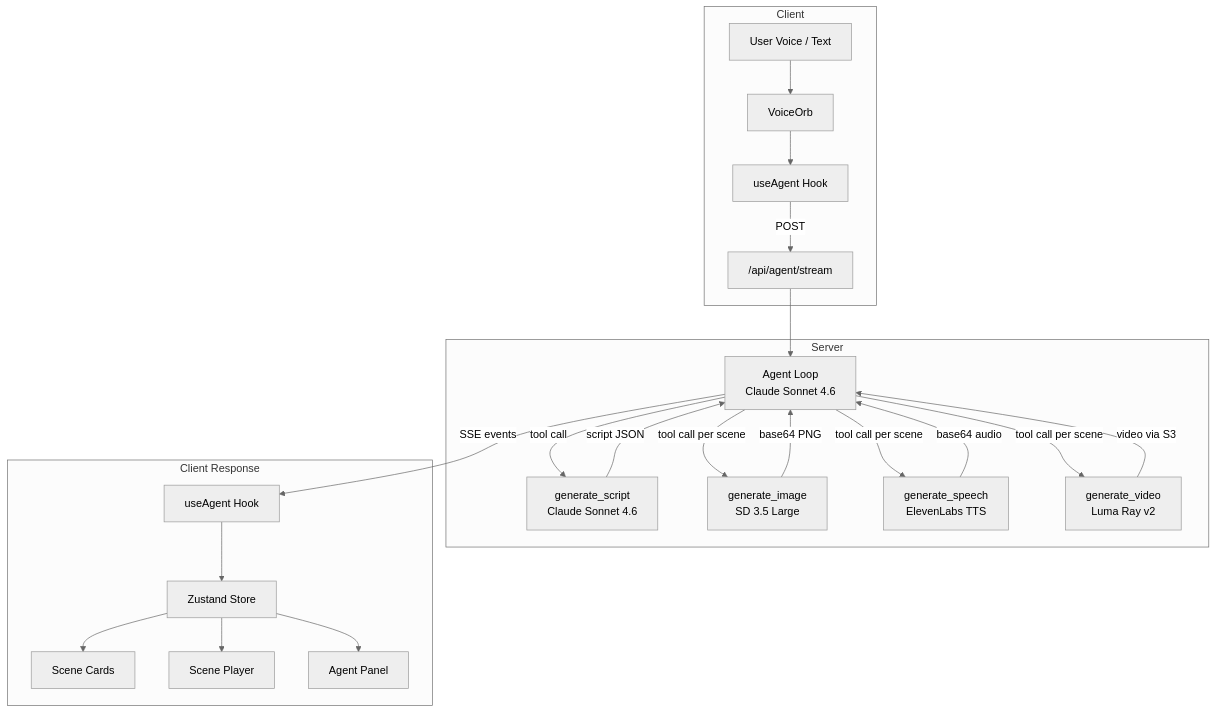
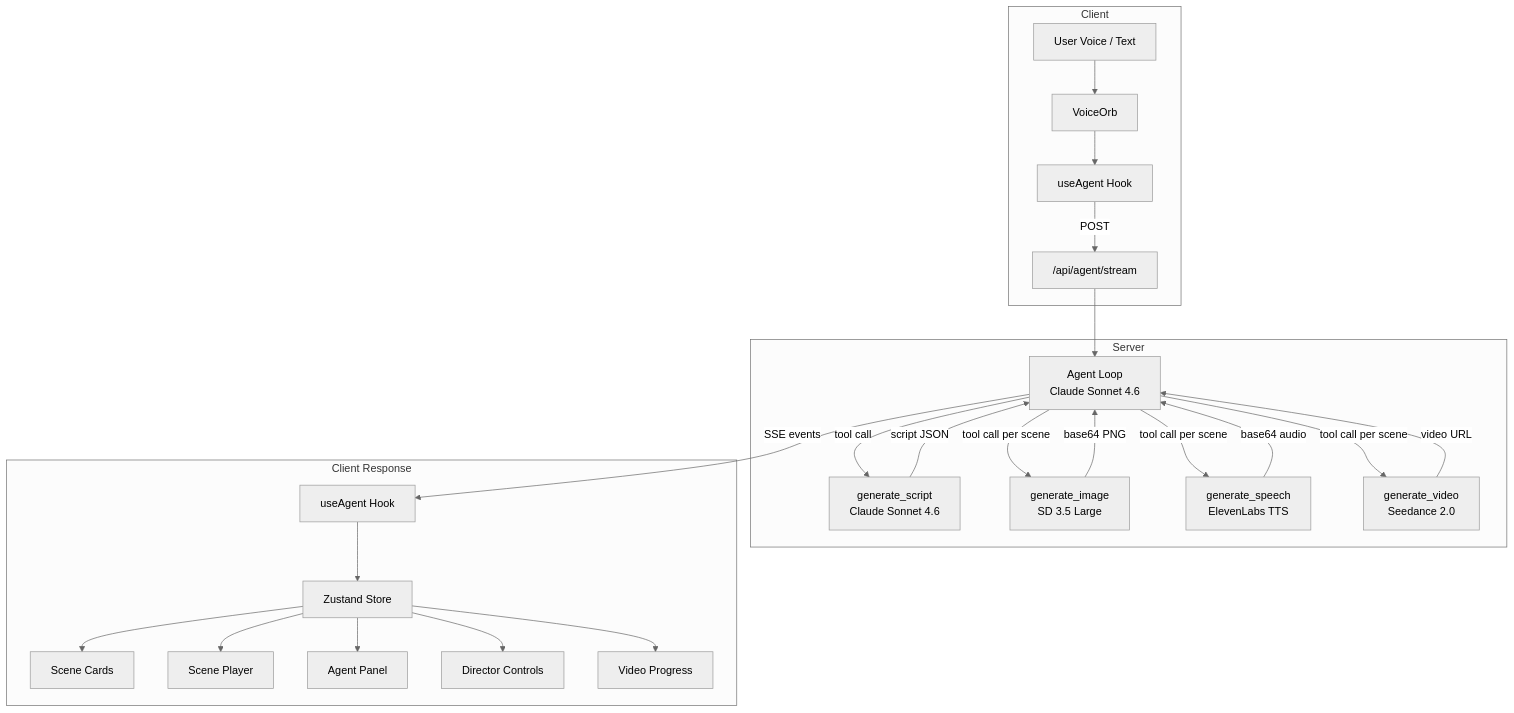
Before and after one commit to NaichuanZhang/director-cut: the diagram in README.md, drawn with Mermaid (neutral theme). The commit also changed other lines of this file, not shown here.

Commit message:
docs: update README for Seedance 2.0 integration

````diff
--- a/README.md
+++ b/README.md
@@ -9,33 +9,35 @@
 ```mermaid
 flowchart TD
     subgraph Client
         A["User Voice / Text"] --> B["VoiceOrb"]
         B --> C["useAgent Hook"]
         C -->|POST| D["/api/agent/stream"]
     end
 
     subgraph Server
         D --> E["Agent Loop
         Claude Sonnet 4.6"]
         E -->|tool call| F["generate_script
         Claude Sonnet 4.6"]
         F -->|script JSON| E
         E -->|tool call per scene| G["generate_image
         SD 3.5 Large"]
         E -->|tool call per scene| H["generate_speech
         ElevenLabs TTS"]
         G -->|base64 PNG| E
         H -->|base64 audio| E
         E -->|tool call per scene| I["generate_video
-        Luma Ray v2"]
-        I -->|video via S3| E
+        Seedance 2.0"]
+        I -->|video URL| E
     end
 
     subgraph "Client Response"
         E -->|SSE events| J["useAgent Hook"]
         J --> K[Zustand Store]
         K --> L[Scene Cards]
         K --> M[Scene Player]
         K --> N[Agent Panel]
+        K --> O[Director Controls]
+        K --> P[Video Progress]
     end
 ```
````
